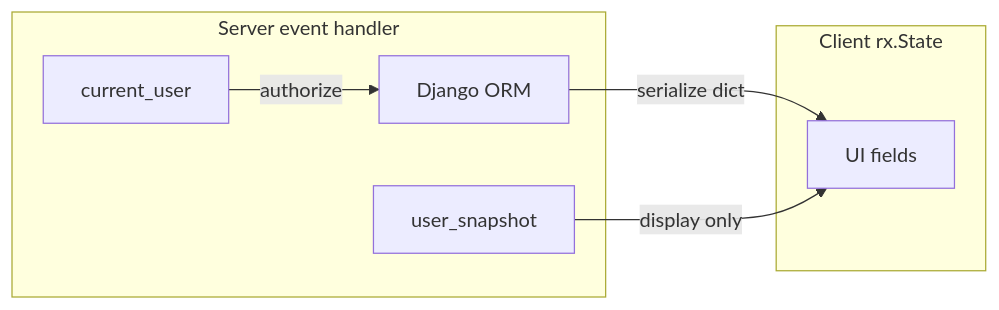
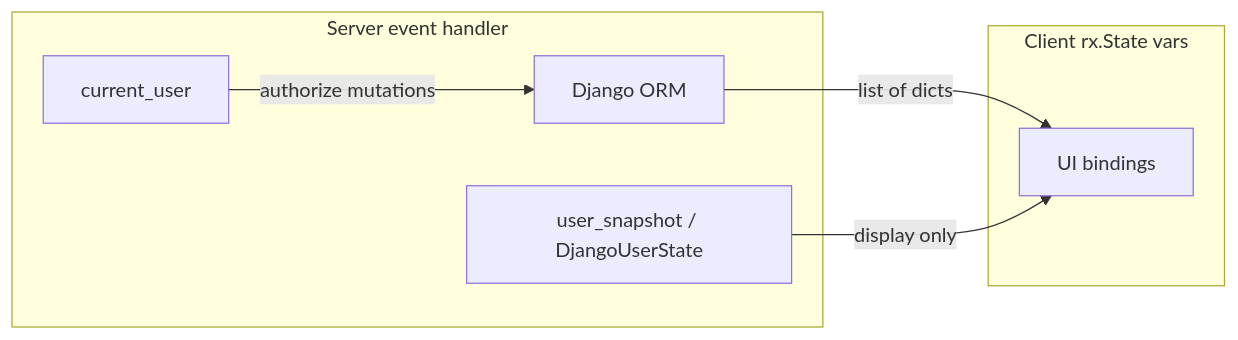
Before and after one commit to web7ai/reflex-django: the second of 2 diagrams in docs/state_management.md, drawn with Mermaid. The commit also changed other lines of this file and 4 other files, not shown here.

````diff
--- a/docs/state_management.md
+++ b/docs/state_management.md
@@ -87,14 +409,14 @@
 ```mermaid
 flowchart LR
   subgraph server [Server event handler]
     ORM[Django ORM]
     CU[current_user]
-    Snap[user_snapshot]
+    Snap[user_snapshot / DjangoUserState]
   end
-  subgraph client [Client rx.State]
-    UI[UI fields]
+  subgraph client [Client rx.State vars]
+    UI[UI bindings]
   end
-  ORM -->|serialize dict| UI
-  CU -->|authorize| ORM
+  ORM -->|list of dicts| UI
+  CU -->|authorize mutations| ORM
   Snap -->|display only| UI
 ```
````
